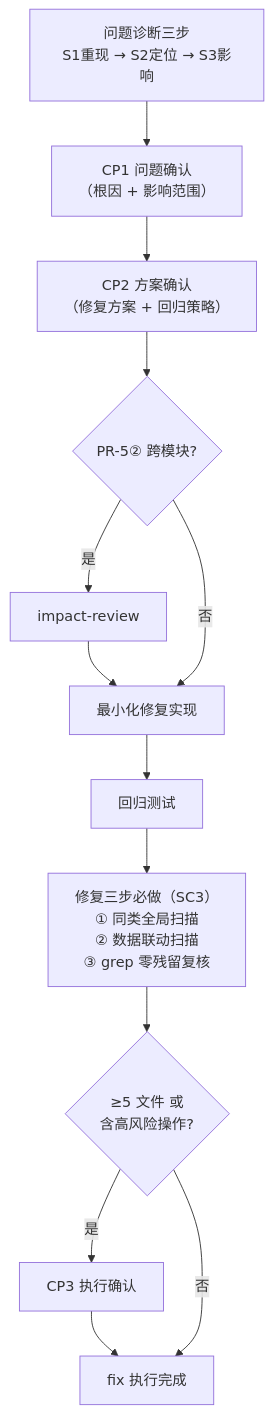
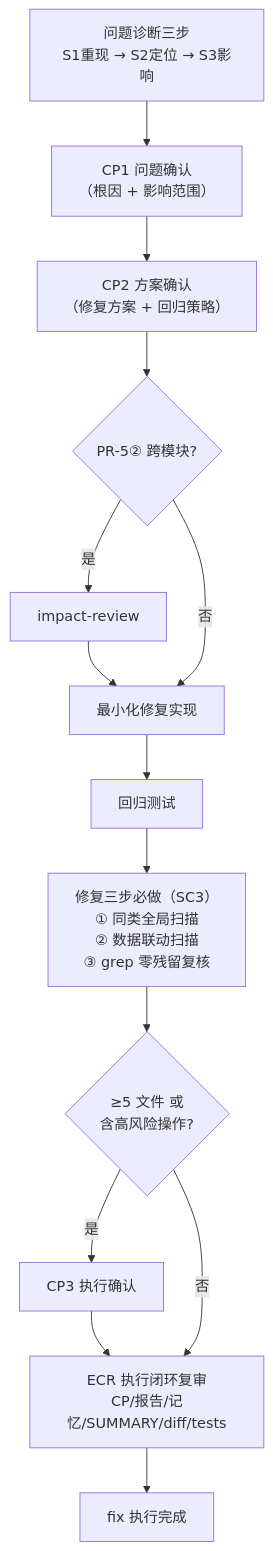
One commit to devcodex-labs/devcodex changed the third of 4 diagrams in website/docs/specs/workflow-execution-flow.md. Above: the diagram before and after it, drawn with Mermaid. The commit also changed other lines of this file and 36 other files, not shown here.

````diff
--- a/website/docs/specs/workflow-execution-flow.md
+++ b/website/docs/specs/workflow-execution-flow.md
@@ -73,21 +75,23 @@
 ```mermaid
 flowchart TD
     DIAG["问题诊断三步\nS1重现 → S2定位 → S3影响"]
     CP1["CP1 问题确认\n（根因 + 影响范围）"]
     CP2["CP2 方案确认\n（修复方案 + 回归策略）"]
     IR{"PR-5② 跨模块?"}
     IMPACT["impact-review"]
     EXEC["最小化修复实现"]
     TEST["回归测试"]
     SCAN["修复三步必做（SC3）\n① 同类全局扫描\n② 数据联动扫描\n③ grep 零残留复核"]
     CP3_CHECK{"≥5 文件 或\n含高风险操作?"}
     CP3["CP3 执行确认"]
+    ECR["ECR 执行闭环复审\nCP/报告/记忆/SUMMARY/diff/tests"]
     DONE["fix 执行完成"]
 
     DIAG --> CP1 --> CP2 --> IR
     IR -->|"是"| IMPACT --> EXEC
     IR -->|"否"| EXEC
     EXEC --> TEST --> SCAN --> CP3_CHECK
-    CP3_CHECK -->|"是"| CP3 --> DONE
-    CP3_CHECK -->|"否"| DONE
+    CP3_CHECK -->|"是"| CP3 --> ECR
+    CP3_CHECK -->|"否"| ECR
+    ECR --> DONE
 ```
````
